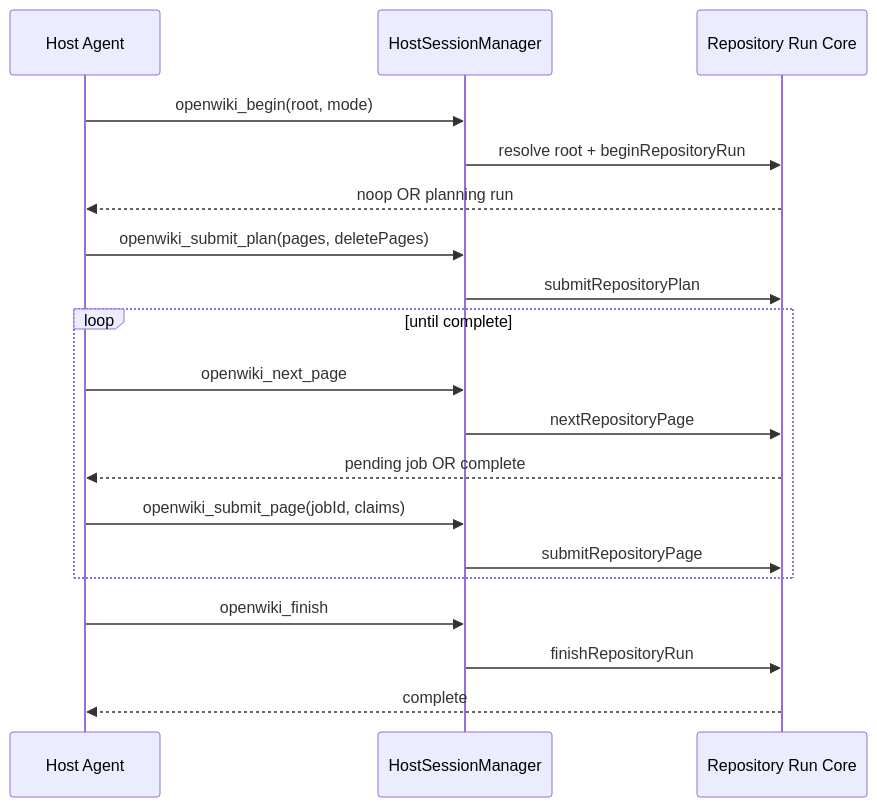
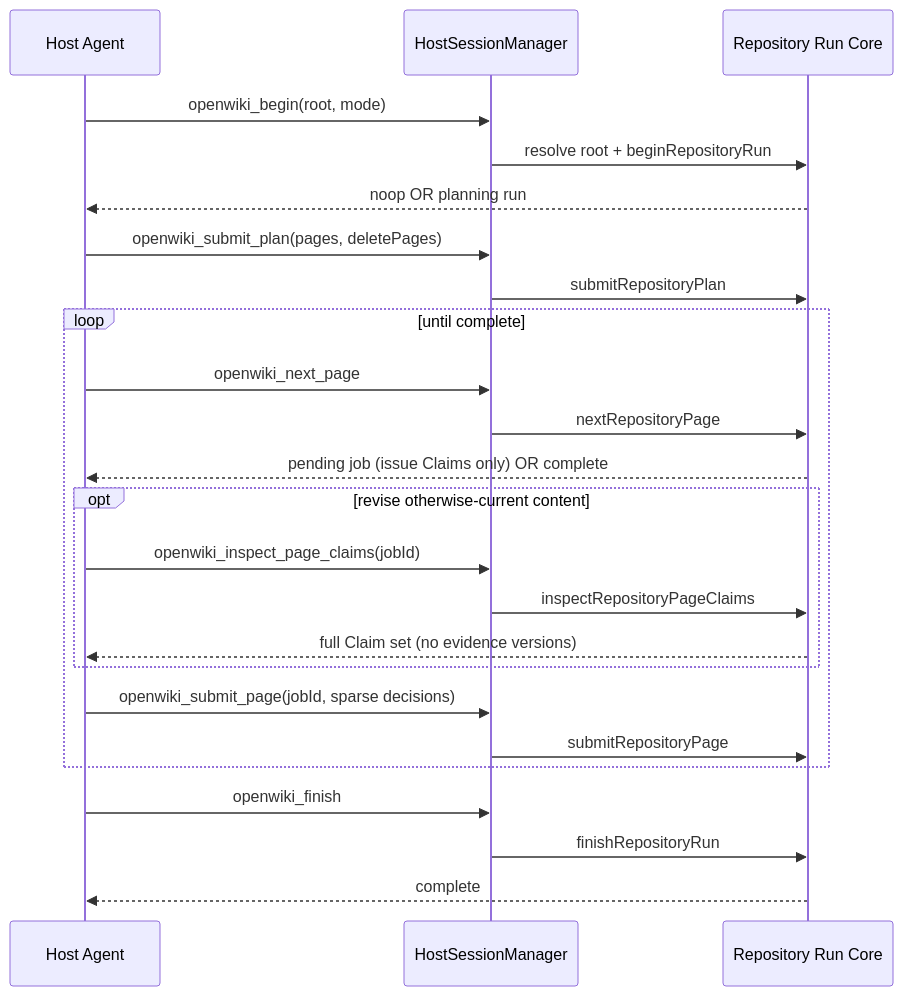
One commit to langchain-ai/openwiki changed the diagram in openwiki/integrations/coding-agents.md. Above: the diagram before and after it, drawn with Mermaid. The commit also changed other lines of this file and 21 other files, not shown here.

````diff
--- a/openwiki/integrations/coding-agents.md
+++ b/openwiki/integrations/coding-agents.md
@@ -112,21 +136,26 @@
 ```mermaid
 sequenceDiagram
     participant Host as Host Agent
     participant SM as HostSessionManager
     participant Core as Repository Run Core
     Host->>SM: openwiki_begin(root, mode)
     SM->>Core: resolve root + beginRepositoryRun
     Core-->>Host: noop OR planning run
     Host->>SM: openwiki_submit_plan(pages, deletePages)
     SM->>Core: submitRepositoryPlan
     loop until complete
         Host->>SM: openwiki_next_page
         SM->>Core: nextRepositoryPage
-        Core-->>Host: pending job OR complete
-        Host->>SM: openwiki_submit_page(jobId, claims)
+        Core-->>Host: pending job (issue Claims only) OR complete
+        opt revise otherwise-current content
+            Host->>SM: openwiki_inspect_page_claims(jobId)
+            SM->>Core: inspectRepositoryPageClaims
+            Core-->>Host: full Claim set (no evidence versions)
+        end
+        Host->>SM: openwiki_submit_page(jobId, sparse decisions)
         SM->>Core: submitRepositoryPage
     end
     Host->>SM: openwiki_finish
     SM->>Core: finishRepositoryRun
     Core-->>Host: complete
 ```
````
